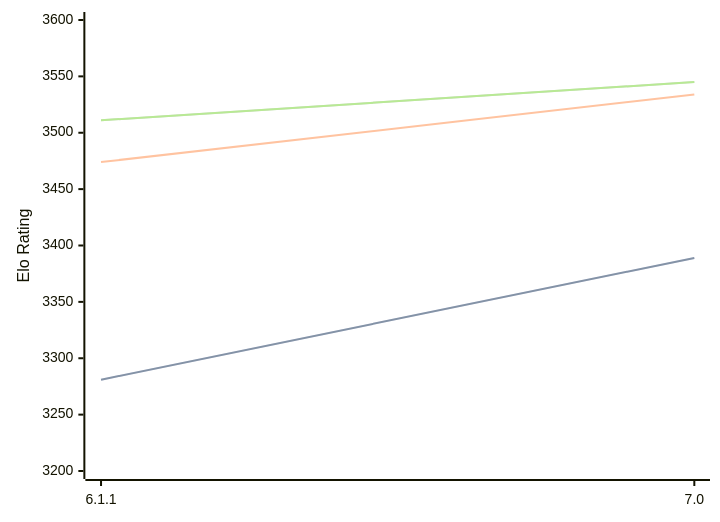
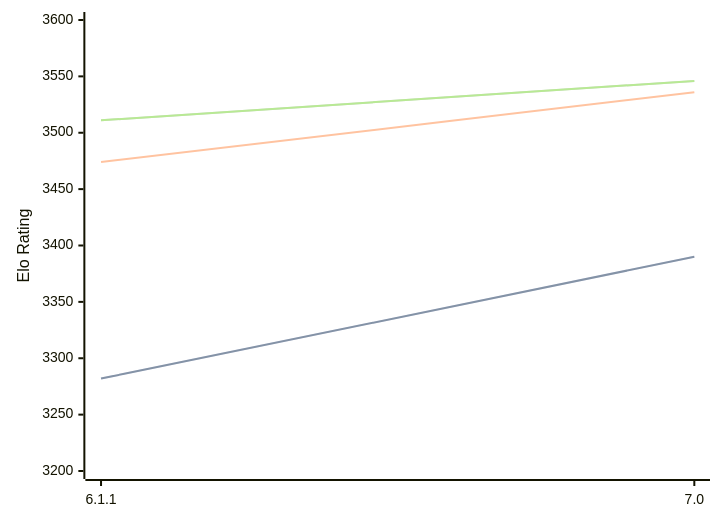
Before and after one commit to computer-chess-index/cci: the diagram in engines/Astra.md, drawn with Mermaid. The commit also changed other lines of this file, not shown here.

Commit message:
Update CCI Ratings (ELO VLTC) - 2026-08-26

````diff
--- a/engines/Astra.md
+++ b/engines/Astra.md
@@ -32,11 +32,11 @@
 ```mermaid
 %%{init: {"theme":"base","themeVariables":{"seriesColors:['#a3a3a3','#222221','#faa371']}}}%%
 xychart-beta
   x-axis ["6.1.1", "7.0"]
   y-axis "Elo Rating" 3200 --> 3600
-  line "STC (8.0+0.08s)" [3281, 3389]
-  line "STC (8.0+0.08s)" [3281, 3389]
-  line "LTC (60.0+0.60s)" [3474, 3534]
-  line "VLTC (2m24s+1.12s)" [3511, 3545]
-  line "VLTC (2m24s+1.12s)" [3511, 3545]
+  line "STC (8.0+0.08s)" [3282, 3390]
+  line "STC (8.0+0.08s)" [3282, 3390]
+  line "LTC (60.0+0.60s)" [3474, 3536]
+  line "VLTC (2m24s+1.12s)" [3511, 3546]
+  line "VLTC (2m24s+1.12s)" [3511, 3546]
 ```
````
